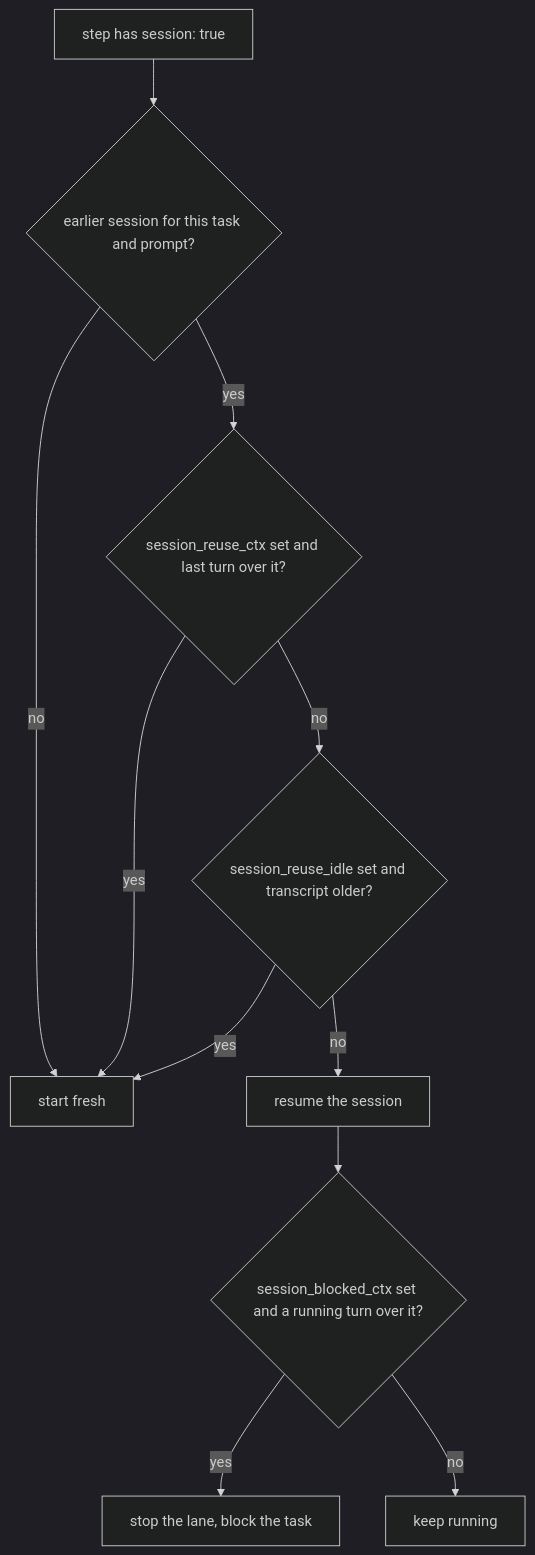
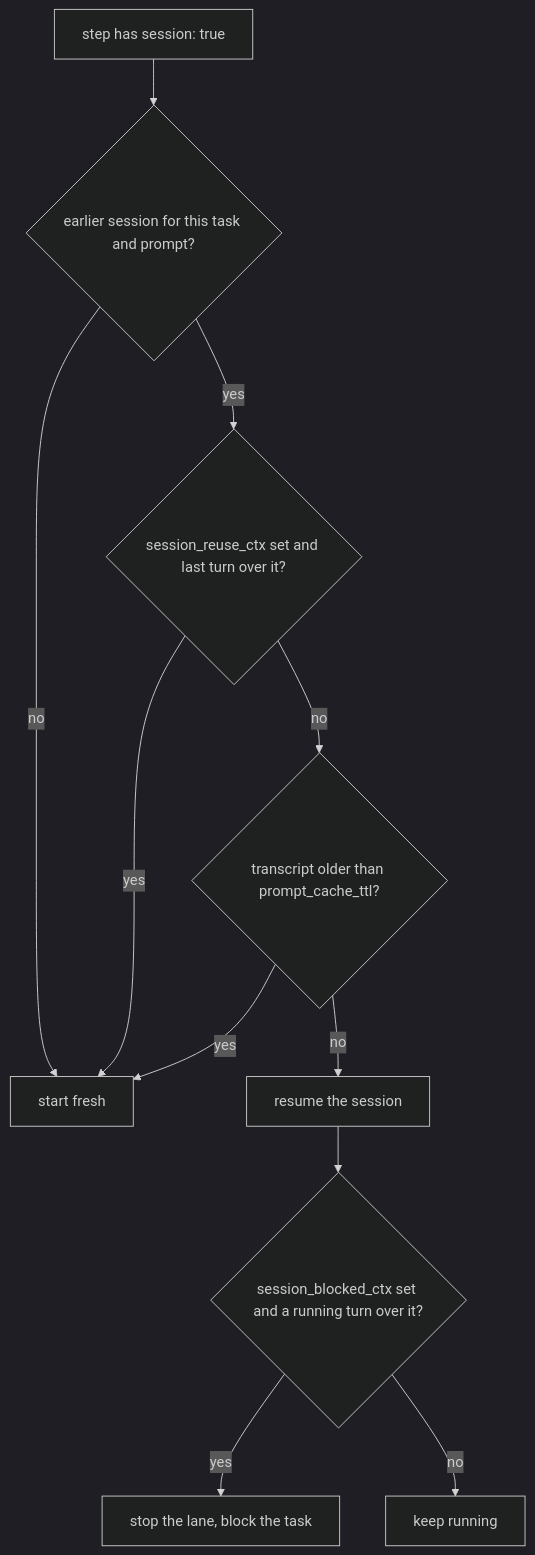
The diagram in docs/agents.md (marvingygas/spoolway), drawn with Mermaid (dark theme) before and after one commit. The commit also changed other lines of this file and 11 other files, not shown here.

Commit message:
feat(config): rename session_reuse_idle to prompt_cache_ttl and default it to 5m

````diff
--- a/docs/agents.md
+++ b/docs/agents.md
@@ -91,13 +96,13 @@
 ```mermaid
 flowchart TD
   A[step has session: true] --> B{earlier session for this task and prompt?}
   B -- no --> F[start fresh]
   B -- yes --> C{session_reuse_ctx set and last turn over it?}
   C -- yes --> F
-  C -- no --> D{session_reuse_idle set and transcript older?}
+  C -- no --> D{transcript older than prompt_cache_ttl?}
   D -- yes --> F
   D -- no --> R[resume the session]
   R --> E{session_blocked_ctx set and a running turn over it?}
   E -- yes --> S[stop the lane, block the task]
   E -- no --> K[keep running]
 ```
````
